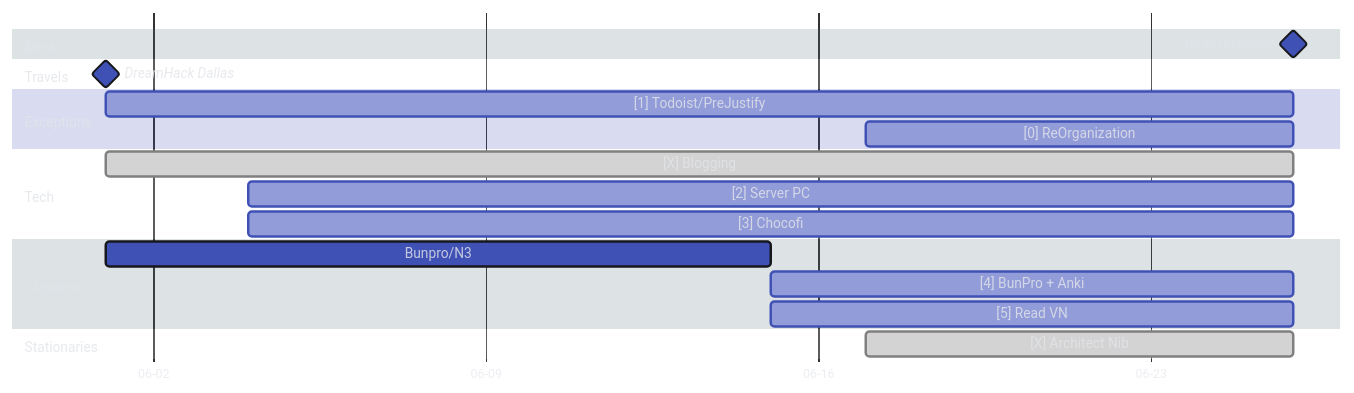
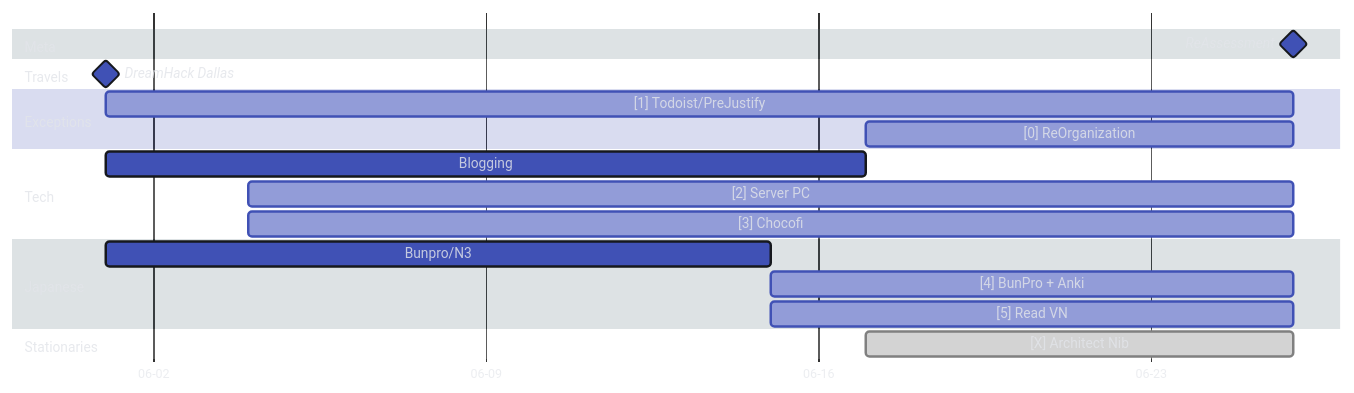
The first of 2 diagrams in docs/index.md (Serralq/Project-Norn), drawn with Mermaid before and after one commit. The commit also changed other lines of this file, not shown here.

````diff
--- a/docs/index.md
+++ b/docs/index.md
@@ -48,47 +48,46 @@
     ``` mermaid
     %%{
       init: {
         'theme': 'base',
         'themeVariables': {
           'darkMode': 'true',
           'fontFamily': 'hermit',
           'primaryColor': '#4051b5',
           'primaryBorderColor': '#16181D',
           'tertiaryColor': '#546d78',
           'tertiaryTextColor': '#E2E4E9D1',
           'textColor': '#E2E4E9D1',
           'noteTextColor': '#E2E4E9D1'
         }
       }
     }%%
     gantt
       dateFormat YY-MM-DD
       axisFormat %m-%d
       tickInterval 1week
       todayMarker stroke-width:3px,stroke:#E2E4E9,opacity:0.5
       
       section Meta
         ReAssessment              :milestone,  m1, 24-06-26, 0d
 
       section Travels
         DreamHack Dallas          :milestone,  v1, 24-06-01, 0d
           
       section Exceptions
-        %% Active
         [1] Todoist/PreJustify        :active,     m2, 24-06-01, until m1
         [0] ReOrganization            :active,     m3, 24-06-17, until m1
     
       section Tech
-        [X] Blogging                  :done,       t1, 24-06-01, until m1
+        Blogging                  :            t1, 24-06-01, 24-06-17
         [2] Server PC                 :active,     t2, 24-06-04, until m1
         [3] Chocofi                   :active,     t3, 24-06-04, until m1
     
       section Japanese
         Bunpro/N3                 :            j1, 24-06-01, 24-06-15
         [4] BunPro + Anki             :active,     j2, after j1, until m1
         [5] Read VN                   :active,     j3, after j1, until m1
       
       section Stationaries
         %% Active
         [X] Architect Nib             :done,       s1, 24-06-17, until m1
     ```
````
